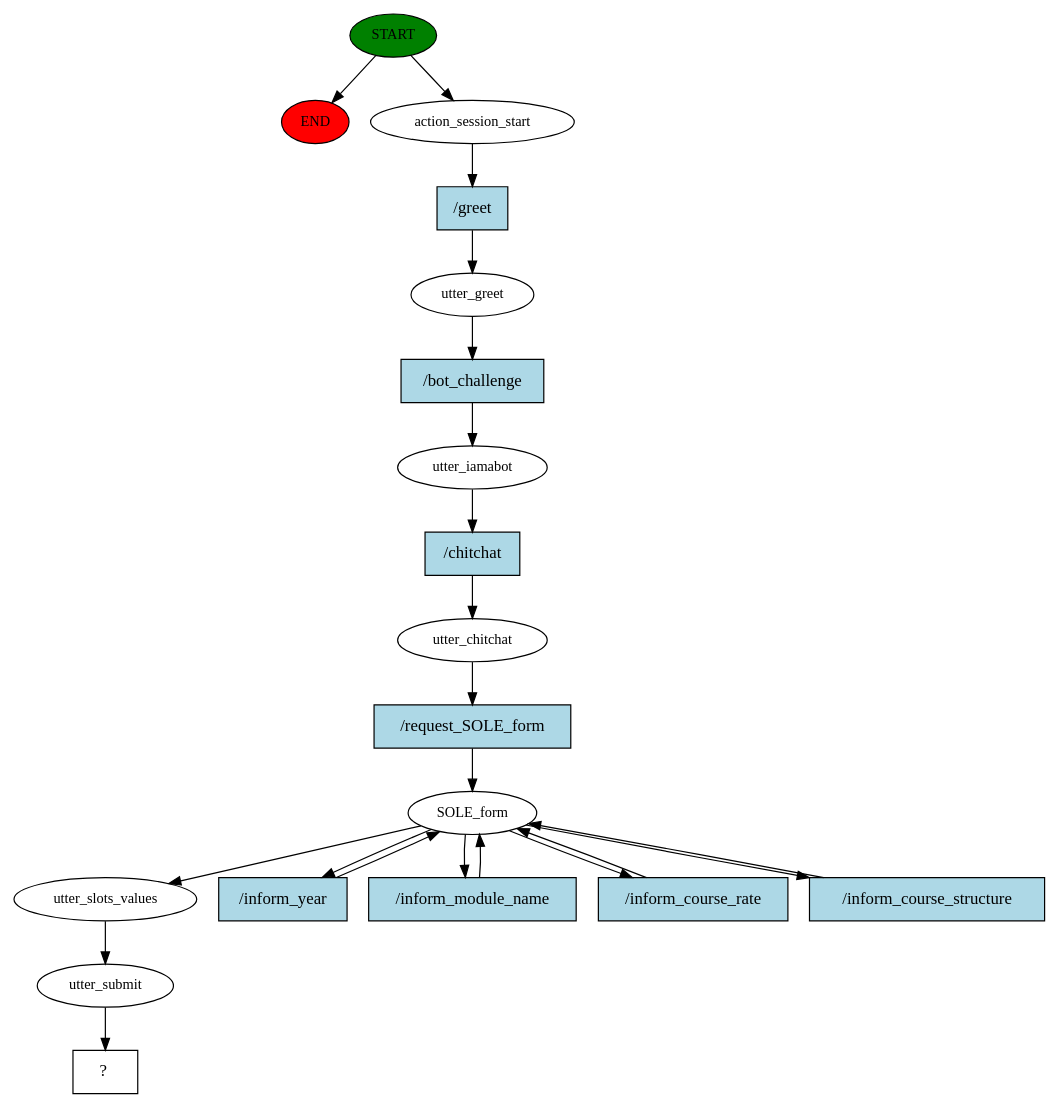
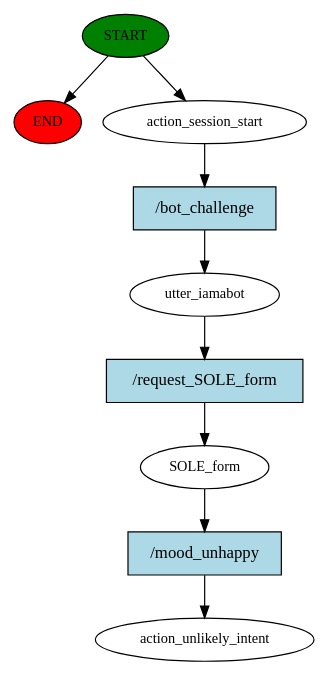
One commit to hkl19/Rasa-Surveybot1 changed the diagram in FYP/story_graph.dot. Above: the diagram before and after it, drawn with Graphviz. The commit also changed 103 other files, not shown here.

```diff
--- a/FYP/story_graph.dot
+++ b/FYP/story_graph.dot
@@ -1,41 +1,19 @@
 digraph  {
 0 [class="start active", fillcolor=green, fontsize=12, label=START, style=filled];
 "-1" [class=end, fillcolor=red, fontsize=12, label=END, style=filled];
 1 [class=active, fontsize=12, label=action_session_start];
-2 [class=active, fontsize=12, label=utter_greet];
-3 [class=active, fontsize=12, label=utter_iamabot];
-4 [class=active, fontsize=12, label=utter_chitchat];
-5 [class=active, fontsize=12, label=SOLE_form];
-10 [class=active, fontsize=12, label=utter_slots_values];
-11 [class=active, fontsize=12, label=utter_submit];
-12 [class="intent dashed active", label="  ?  ", shape=rect];
-13 [class="intent active", fillcolor=lightblue, label="/greet", shape=rect, style=filled];
-14 [class="intent active", fillcolor=lightblue, label="/bot_challenge", shape=rect, style=filled];
-15 [class="intent active", fillcolor=lightblue, label="/chitchat", shape=rect, style=filled];
-16 [class="intent active", fillcolor=lightblue, label="/request_SOLE_form", shape=rect, style=filled];
-17 [class="intent active", fillcolor=lightblue, label="/inform_year", shape=rect, style=filled];
-18 [class="intent active", fillcolor=lightblue, label="/inform_module_name", shape=rect, style=filled];
-19 [class="intent active", fillcolor=lightblue, label="/inform_course_rate", shape=rect, style=filled];
-20 [class="intent active", fillcolor=lightblue, label="/inform_course_structure", shape=rect, style=filled];
+2 [class=active, fontsize=12, label=utter_iamabot];
+3 [class=active, fontsize=12, label=SOLE_form];
+4 [class="dashed active", fontsize=12, label=action_unlikely_intent];
+5 [class="intent active", fillcolor=lightblue, label="/bot_challenge", shape=rect, style=filled];
+6 [class="intent active", fillcolor=lightblue, label="/request_SOLE_form", shape=rect, style=filled];
+7 [class="intent active", fillcolor=lightblue, label="/mood_unhappy", shape=rect, style=filled];
 0 -> "-1"  [class="", key=NONE, label=""];
 0 -> 1  [class=active, key=NONE, label=""];
-1 -> 13  [class=active, key=0];
-2 -> 14  [class=active, key=0];
-3 -> 15  [class=active, key=0];
-4 -> 16  [class=active, key=0];
-5 -> 10  [class=active, key=NONE, label=""];
-5 -> 17  [class=active, key=0];
-5 -> 18  [class=active, key=0];
-5 -> 19  [class=active, key=0];
-5 -> 20  [class=active, key=0];
-10 -> 11  [class=active, key=NONE, label=""];
-11 -> 12  [class=active, key=NONE, label=""];
-13 -> 2  [class=active, key=0];
-14 -> 3  [class=active, key=0];
-15 -> 4  [class=active, key=0];
-16 -> 5  [class=active, key=0];
-17 -> 5  [class=active, key=0];
-18 -> 5  [class=active, key=0];
-19 -> 5  [class=active, key=0];
-20 -> 5  [class=active, key=0];
+1 -> 5  [class=active, key=0];
+2 -> 6  [class=active, key=0];
+3 -> 7  [class=active, key=0];
+5 -> 2  [class=active, key=0];
+6 -> 3  [class=active, key=0];
+7 -> 4  [class=active, key=0];
 }
```
